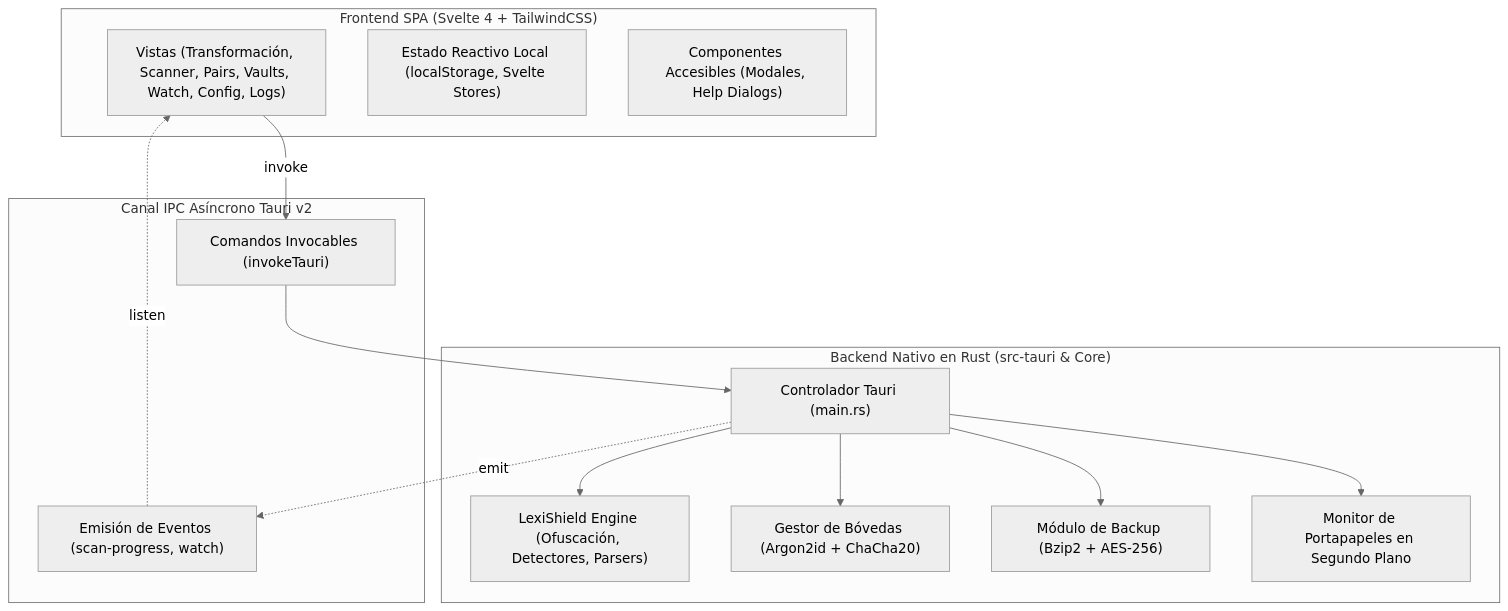
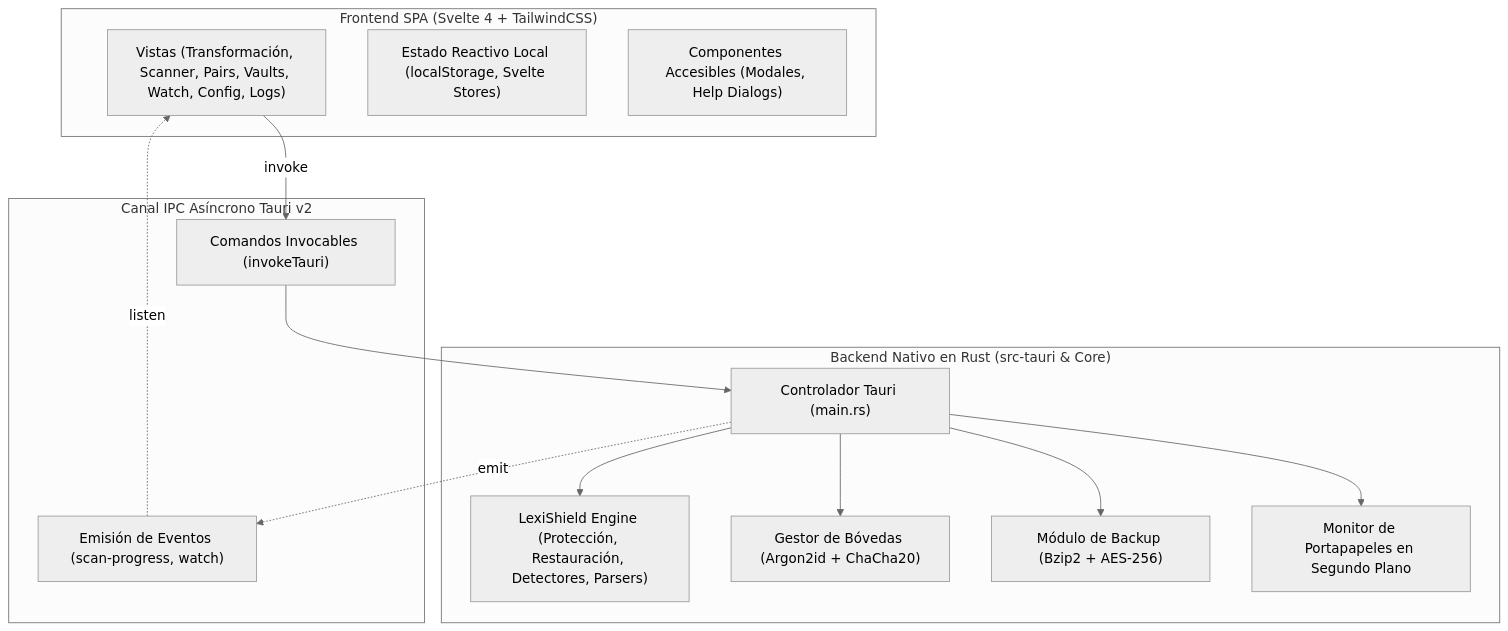
One commit to olorinj/lexishield changed the third of 3 diagrams in docs/architecture.md. Above: the diagram before and after it, drawn with Mermaid (neutral theme). The commit also changed other lines of this file and 15 other files, not shown here.

````diff
--- a/docs/architecture.md
+++ b/docs/architecture.md
@@ -215,30 +216,30 @@
 ```mermaid
 flowchart TD
     subgraph Frontend["Frontend SPA (Svelte 4 + TailwindCSS)"]
         UI["Vistas (Transformación, Scanner, Pairs, Vaults, Watch, Config, Logs)"]
         State["Estado Reactivo Local (localStorage, Svelte Stores)"]
         A11y["Componentes Accesibles (Modales, Help Dialogs)"]
     end
 
     subgraph IPC["Canal IPC Asíncrono Tauri v2"]
         Cmds["Comandos Invocables (invokeTauri)"]
         Events["Emisión de Eventos (scan-progress, watch)"]
     end
 
     subgraph Backend["Backend Nativo en Rust (src-tauri & Core)"]
         TauriCore["Controlador Tauri (main.rs)"]
-        LexiEngine["LexiShield Engine (Ofuscación, Detectores, Parsers)"]
+        LexiEngine["LexiShield Engine (Protección, Restauración, Detectores, Parsers)"]
         ArgonVault["Gestor de Bóvedas (Argon2id + ChaCha20)"]
         BzipComp["Módulo de Backup (Bzip2 + AES-256)"]
         ClipMon["Monitor de Portapapeles en Segundo Plano"]
     end
 
     UI -->|invoke| Cmds
     Cmds --> TauriCore
     TauriCore --> LexiEngine
     TauriCore --> ArgonVault
     TauriCore --> BzipComp
     TauriCore --> ClipMon
     TauriCore -.->|emit| Events
     Events -.->|listen| UI
 ```
````
